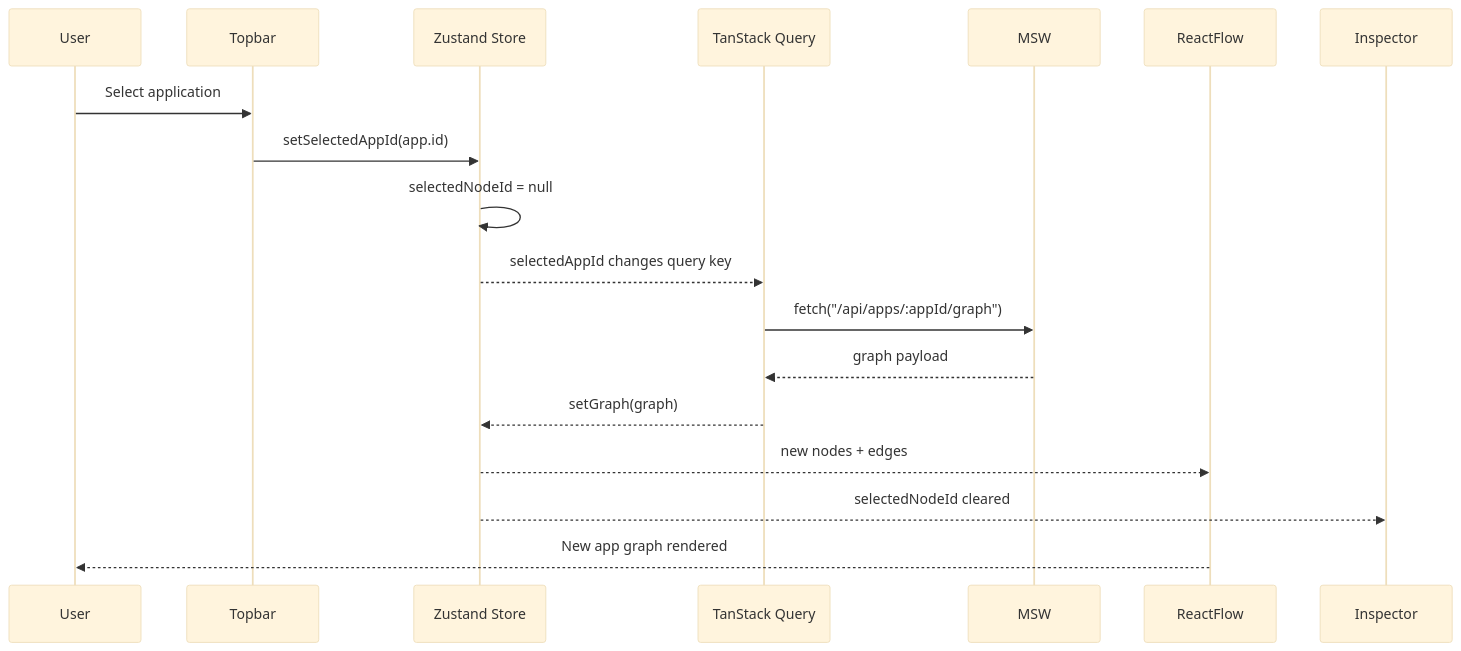
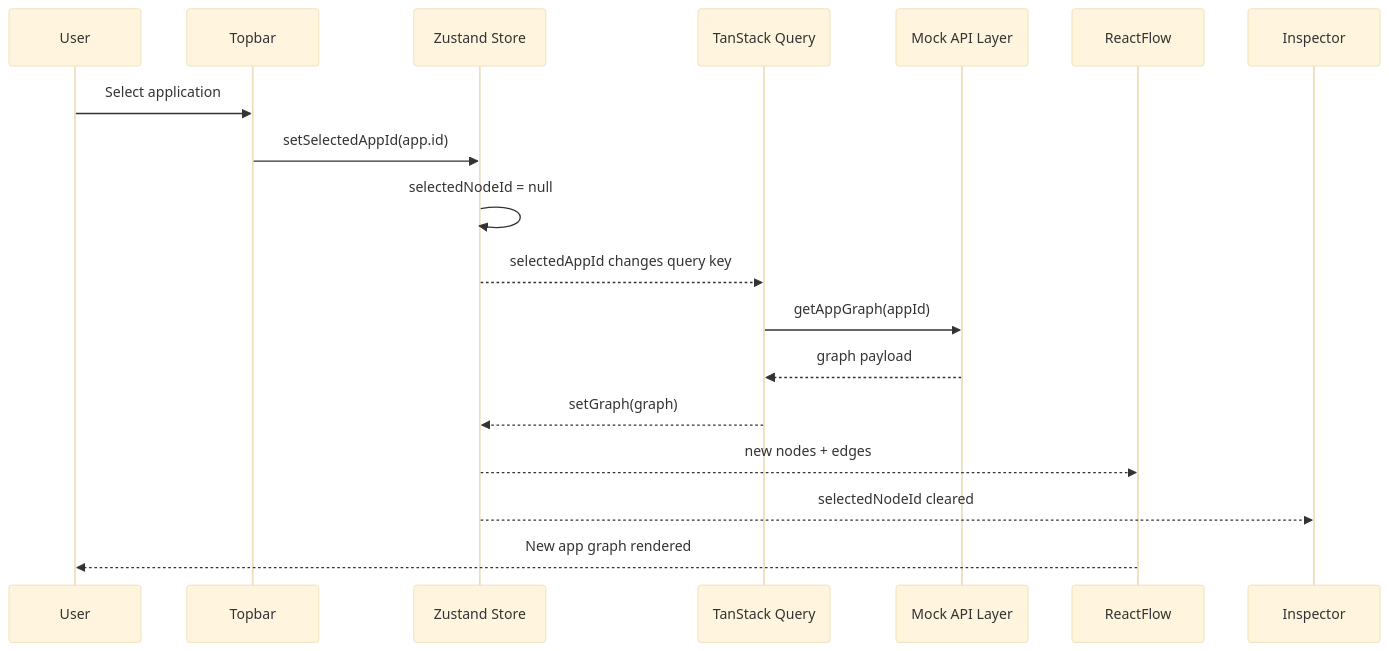
Before and after one commit to gaganguddi/App-Graph-Builder: the tenth of 18 diagrams in docs/system-architecture.md, drawn with Mermaid (base theme). The commit also changed other lines of this file and 1 other file, not shown here.

````diff
--- a/docs/system-architecture.md
+++ b/docs/system-architecture.md
@@ -283,21 +338,21 @@
 ```mermaid
 sequenceDiagram
   participant User
   participant Topbar
   participant Store as Zustand Store
   participant Query as TanStack Query
-  participant MSW
+  participant API as Mock API Layer
   participant Graph as ReactFlow
   participant Inspector
 
   User->>Topbar: Select application
   Topbar->>Store: setSelectedAppId(app.id)
   Store->>Store: selectedNodeId = null
   Store-->>Query: selectedAppId changes query key
-  Query->>MSW: fetch("/api/apps/:appId/graph")
-  MSW-->>Query: graph payload
+  Query->>API: getAppGraph(appId)
+  API-->>Query: graph payload
   Query-->>Store: setGraph(graph)
   Store-->>Graph: new nodes + edges
   Store-->>Inspector: selectedNodeId cleared
   Graph-->>User: New app graph rendered
 ```
````
